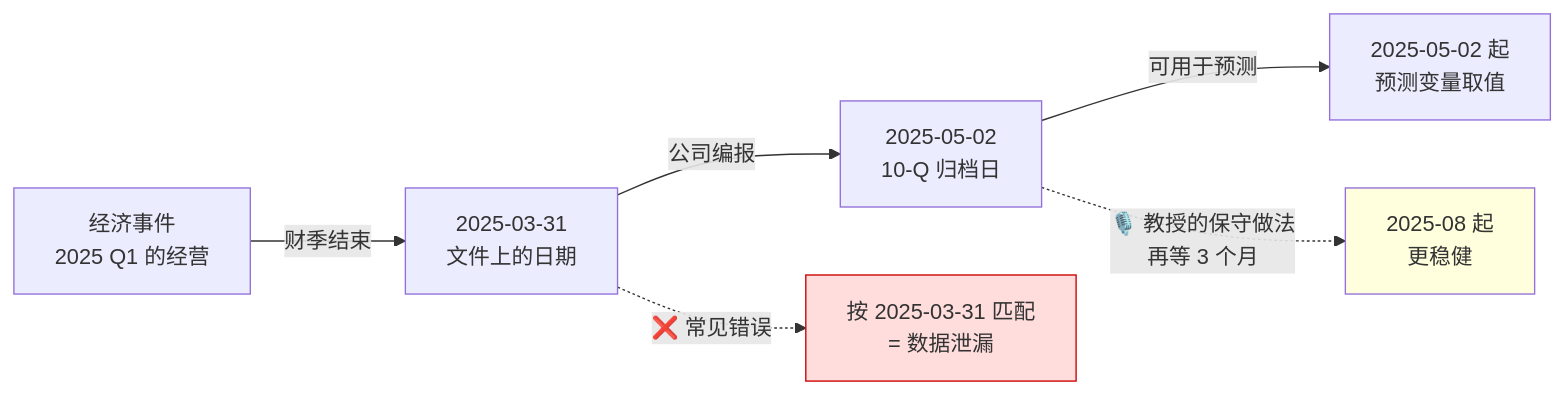
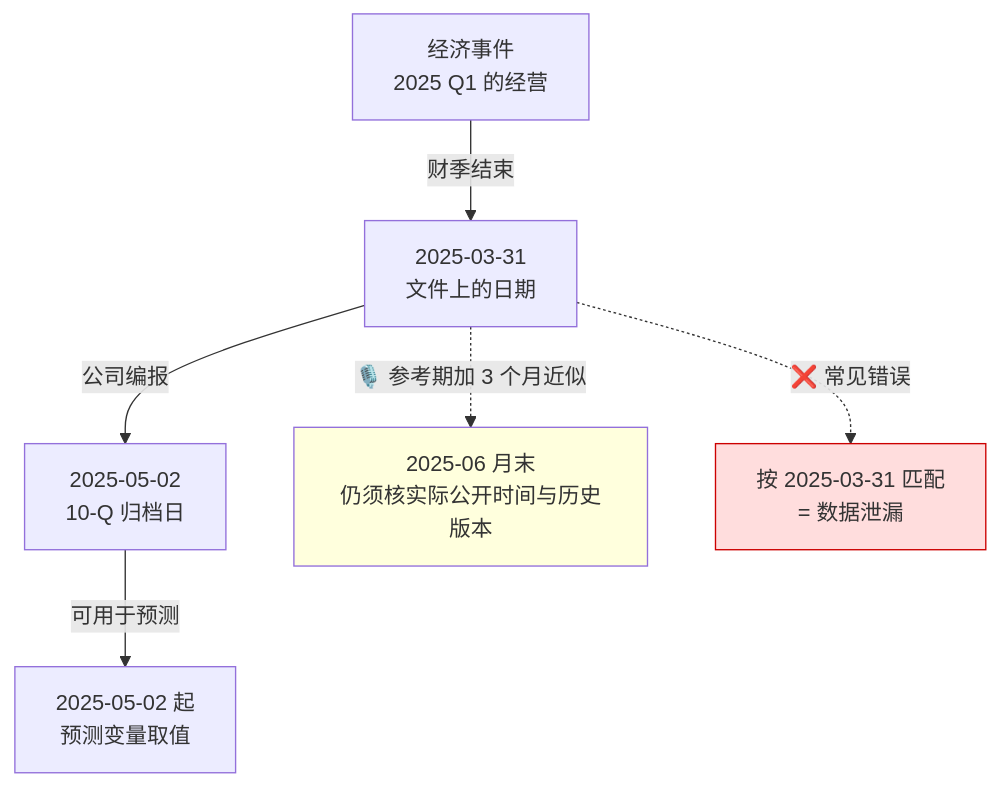
The ninth of 9 diagrams in EF5560_Fintech_and_AI_in_Finance/notes/M01-金融数据与Vibe-Coding.md (CercaTrovato/cityu-ai-course-notes), drawn with Mermaid before and after one commit. The commit also changed other lines of this file and 116 other files, not shown here.

````diff
--- a/EF5560_Fintech_and_AI_in_Finance/notes/M01-金融数据与Vibe-Coding.md
+++ b/EF5560_Fintech_and_AI_in_Finance/notes/M01-金融数据与Vibe-Coding.md
@@ -1210,10 +1404,10 @@
 ```mermaid
-flowchart LR
+flowchart TD
     A["经济事件<br/>2025 Q1 的经营"] -->|"财季结束"| B["2025-03-31<br/>文件上的日期"]
     B -->|"公司编报"| C["2025-05-02<br/>10-Q 归档日"]
     C -->|"可用于预测"| D["2025-05-02 起<br/>预测变量取值"]
-    C -.->|"🎙️ 教授的保守做法<br/>再等 3 个月"| E["2025-08 起<br/>更稳健"]
+    B -.->|"🎙️ 参考期加 3 个月近似"| E["2025-06 月末<br/>仍须核实际公开时间与历史版本"]
     B -.->|"❌ 常见错误"| F["按 2025-03-31 匹配<br/>= 数据泄漏"]
     style F fill:#fdd,stroke:#c00
     style E fill:#ffd
 ```
````
